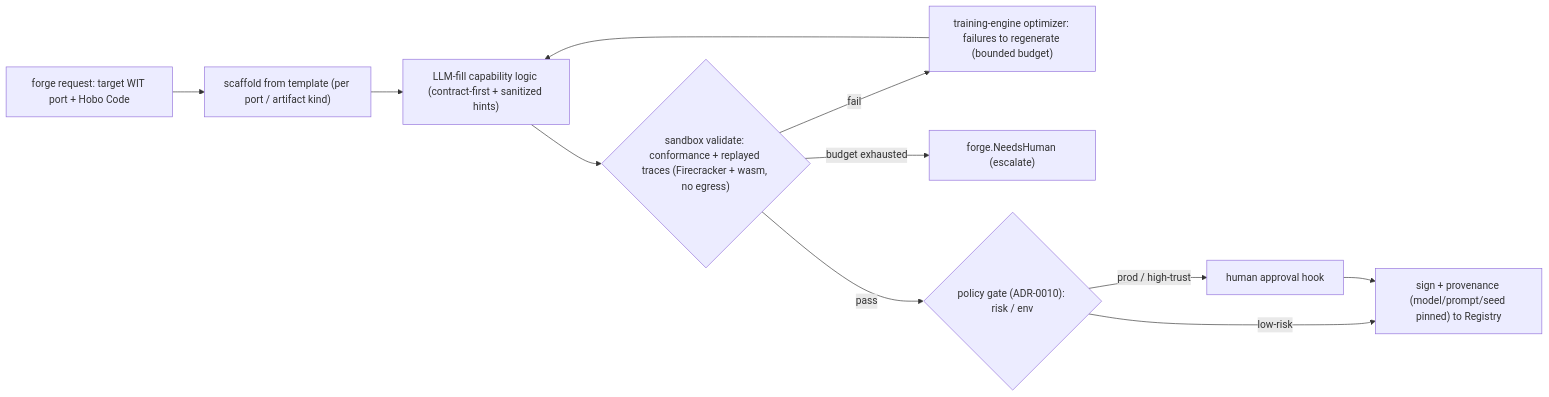
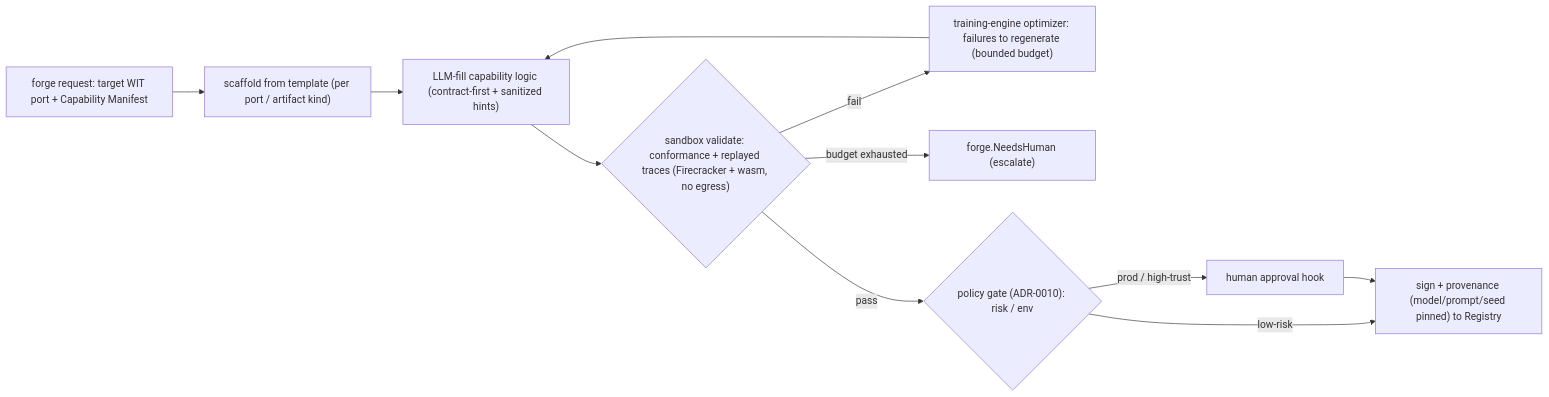
Before and after one commit to Tyler-R-Kendrick/HoBo: the diagram in docs/design/33-forge-generation-pipeline.md, drawn with Mermaid. The commit also changed other lines of this file and 70 other files, not shown here.

First line of the commit message:
docs(design): purge "worlds", rename Circuit→Junction, reserve "Hobo Code" for a DSL

````diff
--- a/docs/design/33-forge-generation-pipeline.md
+++ b/docs/design/33-forge-generation-pipeline.md
@@ -15,12 +15,12 @@
 ```mermaid
 flowchart LR
-  REQ["forge request: target WIT port + Hobo Code"] --> SCAF["scaffold from template (per port / artifact kind)"]
+  REQ["forge request: target WIT port + Capability Manifest"] --> SCAF["scaffold from template (per port / artifact kind)"]
   SCAF --> FILL["LLM-fill capability logic (contract-first + sanitized hints)"]
   FILL --> VAL{"sandbox validate: conformance + replayed traces (Firecracker + wasm, no egress)"}
   VAL -->|fail| REPAIR["training-engine optimizer: failures to regenerate (bounded budget)"]
   REPAIR --> FILL
   VAL -->|budget exhausted| HUMAN["forge.NeedsHuman (escalate)"]
   VAL -->|pass| GATE{"policy gate (ADR-0010): risk / env"}
   GATE -->|low-risk| CERT["sign + provenance (model/prompt/seed pinned) to Registry"]
   GATE -->|prod / high-trust| APPR["human approval hook"] --> CERT
 ```
````
